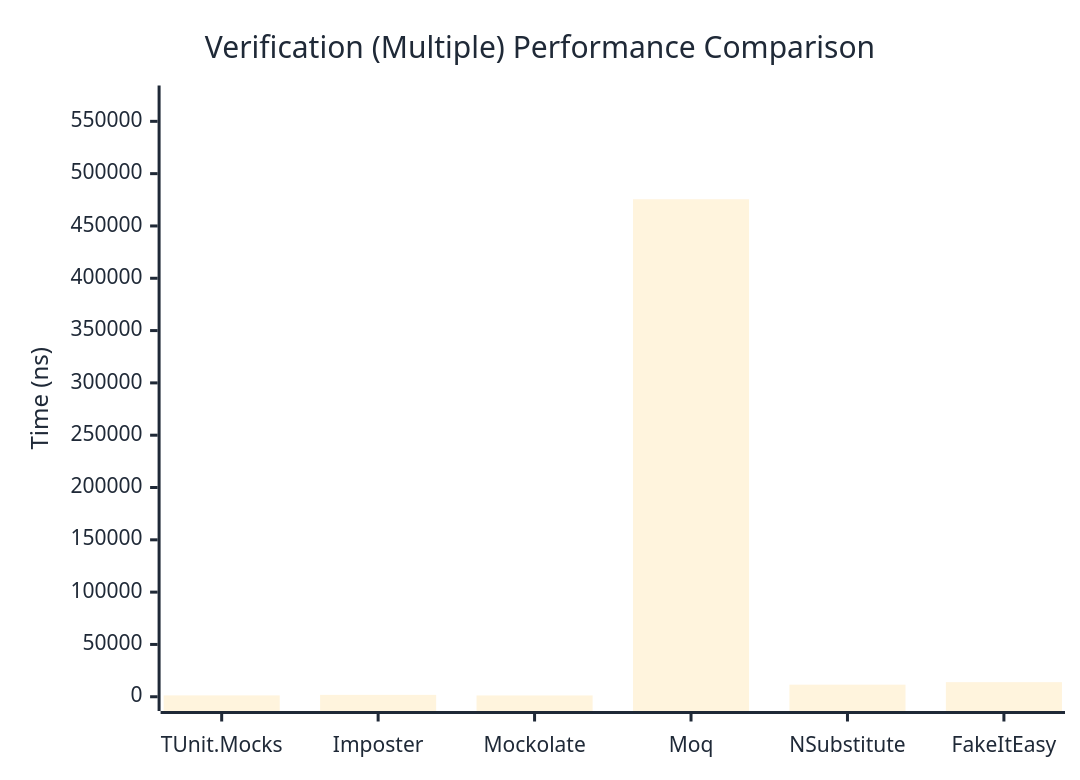
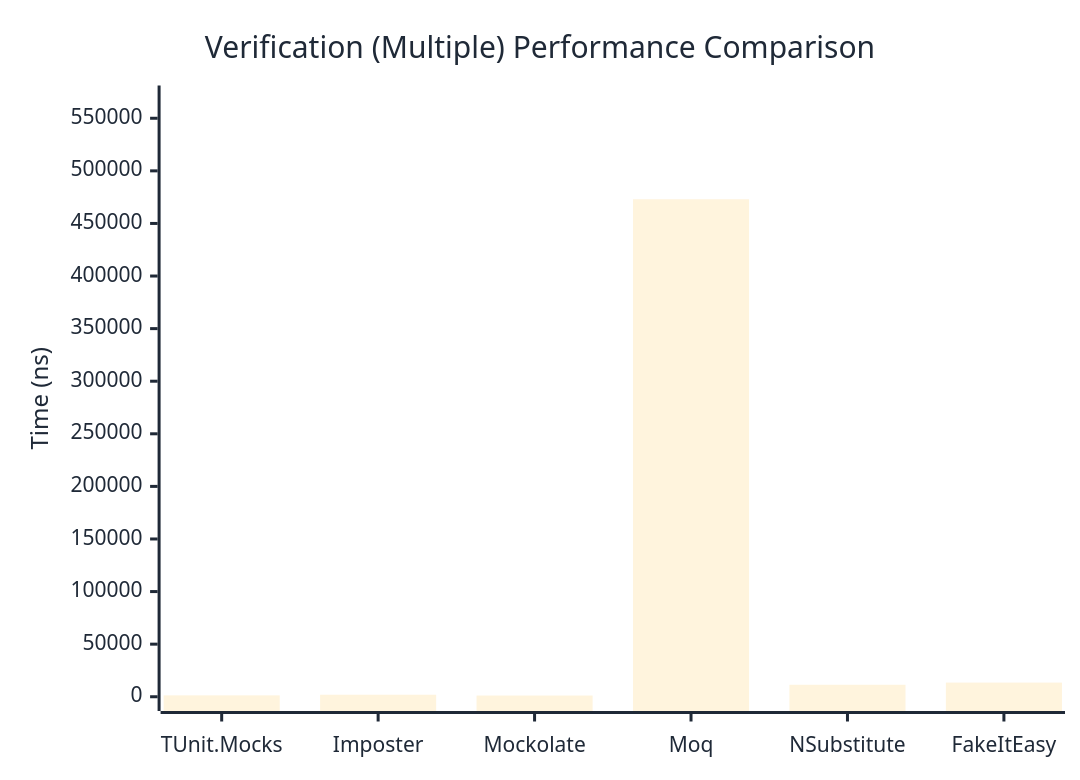
Before and after one commit to thomhurst/TUnit: the third of 3 diagrams in docs/docs/benchmarks/mocks/Verification.md, drawn with Mermaid. The commit also changed other lines of this file and 14 other files, not shown here.

````diff
--- a/docs/docs/benchmarks/mocks/Verification.md
+++ b/docs/docs/benchmarks/mocks/Verification.md
@@ -112,27 +112,27 @@
 ```mermaid
 %%{init: {
   'theme':'base',
   'themeVariables': {
     'primaryColor': '#2563eb',
     'primaryTextColor': '#1f2937',
     'primaryBorderColor': '#1e40af',
     'lineColor': '#6b7280',
     'secondaryColor': '#7c3aed',
     'tertiaryColor': '#dc2626',
     'background': '#ffffff',
     'pie1': '#2563eb',
     'pie2': '#7c3aed',
     'pie3': '#dc2626',
     'pie4': '#f59e0b',
     'pie5': '#10b981',
     'pie6': '#06b6d4',
     'pie7': '#ec4899',
     'pie8': '#6366f1'
   }
 }}%%
 xychart-beta
   title "Verification (Multiple) Performance Comparison"
   x-axis ["TUnit.Mocks", "Imposter", "Mockolate", "Moq", "NSubstitute", "FakeItEasy"]
-  y-axis "Time (ns)" 0 --> 570634
-  bar [1309.78, 1797.96, 1251.59, 475527.58, 11547.33, 13953.41]
+  y-axis "Time (ns)" 0 --> 567600
+  bar [1328.36, 1918.65, 1158.59, 472999.18, 11407.07, 13469.51]
 ```
````
